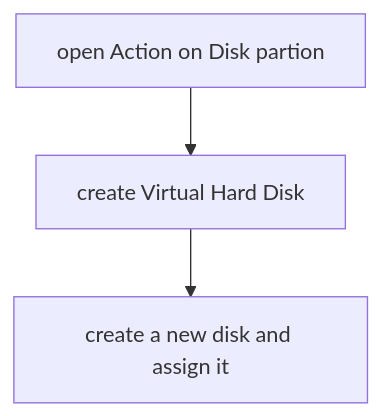
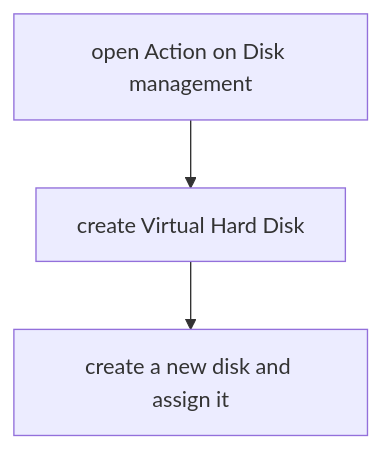
One commit to gururaghav2925/Reviewing-Unallocated-Space-Extracting-Data-with-Tools-Digital-Investigation-Processes changed the second of 2 diagrams in README.md. Above: the diagram before and after it, drawn with Mermaid.

Commit message:
Fix typo in disk management instructions

````diff
--- a/README.md
+++ b/README.md
@@ -46,5 +46,5 @@
 ```mermaid
 flowchart TD
-    A[open Action on Disk partion] -->B[create Virtual Hard Disk]
+    A[open Action on Disk management] -->B[create Virtual Hard Disk]
     B[create Virtual Hard Disk ] --> c[create a new disk and assign it ]
 ```
````
